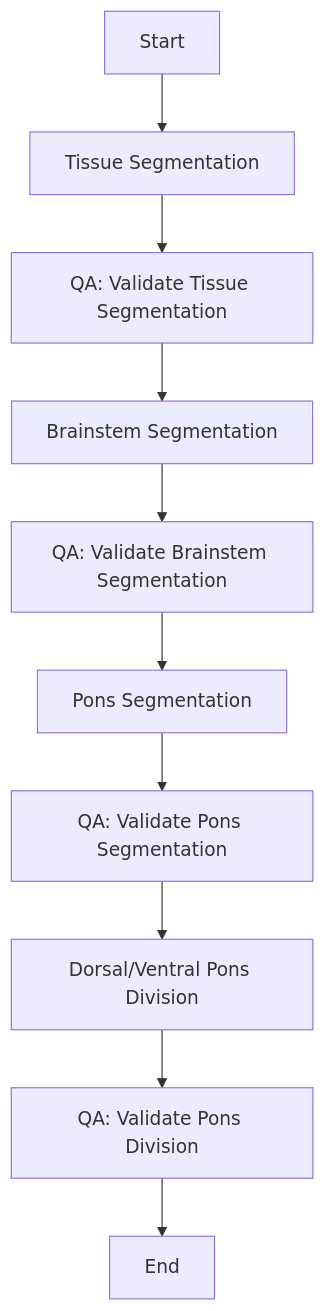
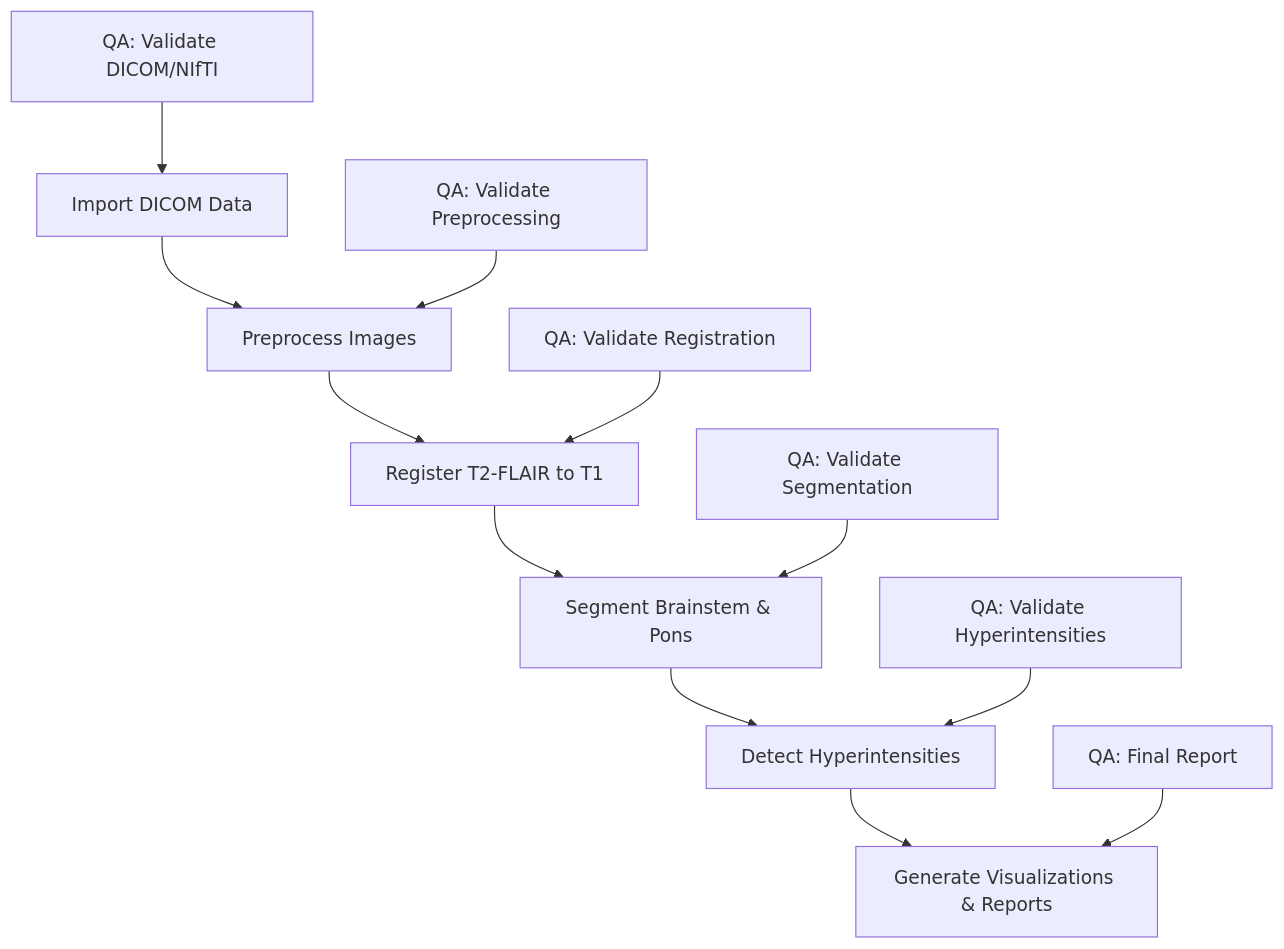
The diagram in docs/workflow.md (myztery-neuroimg/brainstemx-full), drawn with Mermaid before and after one commit. The commit also changed other lines of this file and 1 other file, not shown here.

First line of the commit message:
The new architecture includes:

````diff
--- a/docs/workflow.md
+++ b/docs/workflow.md
@@ -121,12 +11,15 @@
 ```mermaid
 graph TD
-    A[Start] --> B[Tissue Segmentation]
-    B --> C[QA: Validate Tissue Segmentation]
-    C --> D[Brainstem Segmentation]
-    D --> E[QA: Validate Brainstem Segmentation]
-    E --> F[Pons Segmentation]
-    F --> G[QA: Validate Pons Segmentation]
-    G --> H[Dorsal/Ventral Pons Division]
-    H --> I[QA: Validate Pons Division]
-    I --> J[End]
+    A[Import DICOM Data] --> B[Preprocess Images]
+    B --> C[Register T2-FLAIR to T1]
+    C --> D[Segment Brainstem & Pons]
+    D --> E[Detect Hyperintensities]
+    E --> F[Generate Visualizations & Reports]
+    
+    QA1[QA: Validate DICOM/NIfTI] --> A
+    QA2[QA: Validate Preprocessing] --> B
+    QA3[QA: Validate Registration] --> C
+    QA4[QA: Validate Segmentation] --> D
+    QA5[QA: Validate Hyperintensities] --> E
+    QA6[QA: Final Report] --> F
 ```
````
